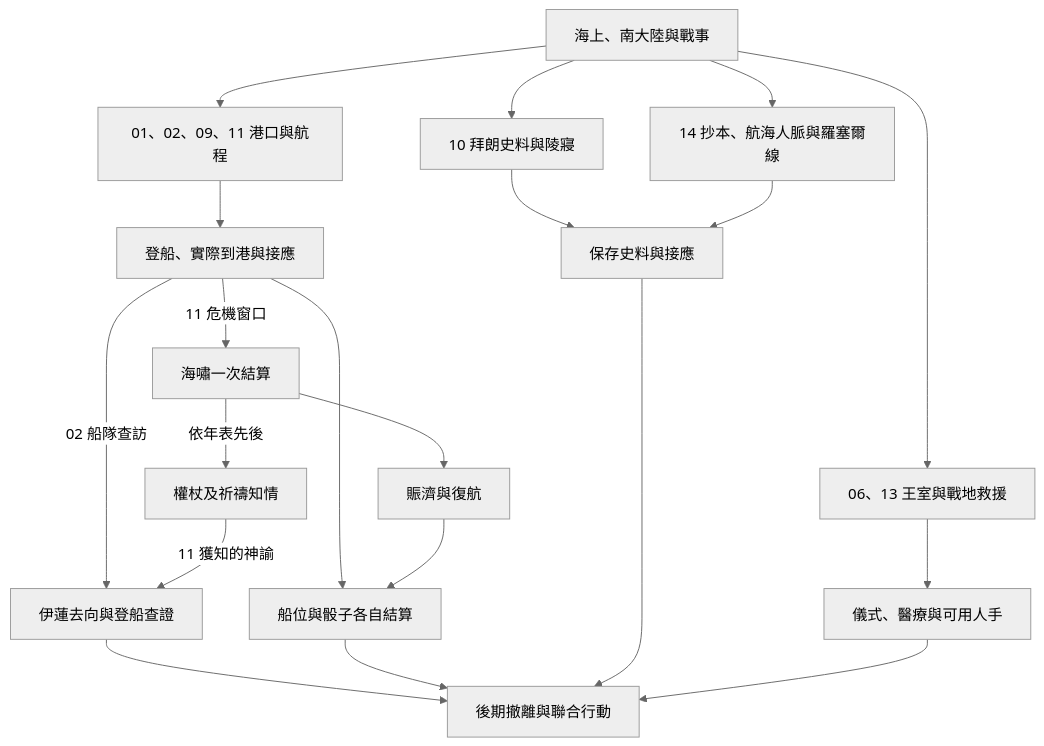
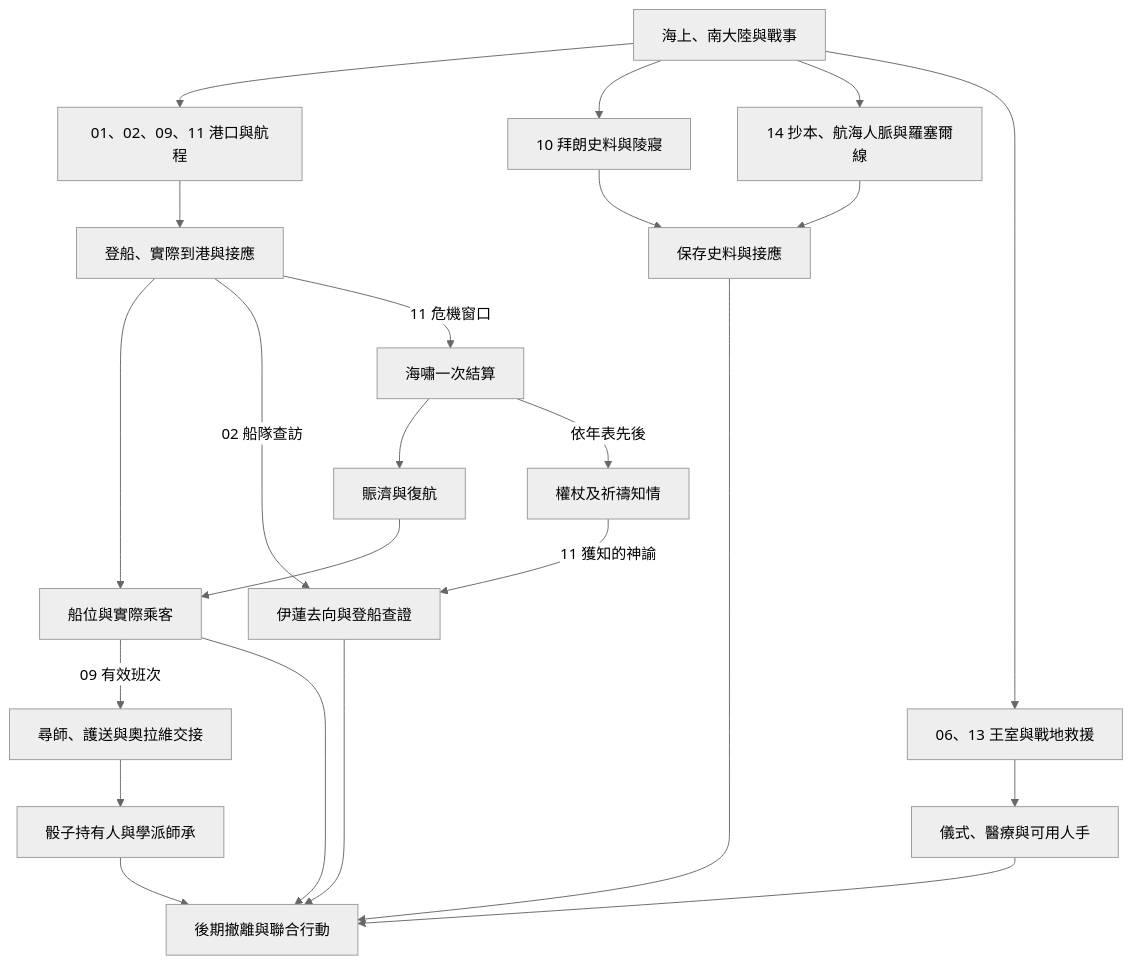
One commit to dragon961204-cmd/- changed the fifth of 7 diagrams in game/events/part_one_story_tree.md. Above: the diagram before and after it, drawn with Mermaid (neutral theme). The commit also changed other lines of this file, not shown here.

Commit message:
第十六批達克威爾與概率之骰 part_one_story_tree.md

````diff
--- a/game/events/part_one_story_tree.md
+++ b/game/events/part_one_story_tree.md
@@ -93,22 +93,25 @@
 ```mermaid
 flowchart TD
     A["海上、南大陸與戰事"] --> B["01、02、09、11 港口與航程"]
     A --> C["10 拜朗史料與陵寢"]
     A --> D["14 抄本、航海人脈與羅塞爾線"]
     A --> E["06、13 王室與戰地救援"]
     B --> J["登船、實際到港與接應"]
-    J --> F["船位與骰子各自結算"]
+    J --> F["船位與實際乘客"]
+    F -->|"09 有效班次"| O["尋師、護送與奧拉維交接"]
+    O --> P["骰子持有人與學派師承"]
+    P --> I
     J -->|"02 船隊查訪"| N["伊蓮去向與登船查證"]
     J -->|"11 危機窗口"| K["海嘯一次結算"]
     K --> L["賑濟與復航"]
     K -->|"依年表先後"| M["權杖及祈禱知情"]
     L --> F
     M -->|"11 獲知的神諭"| N
     N --> I
     C --> G["保存史料與接應"]
     D --> G
     E --> H["儀式、醫療與可用人手"]
     F --> I["後期撤離與聯合行動"]
     G --> I
     H --> I
 ```
````
